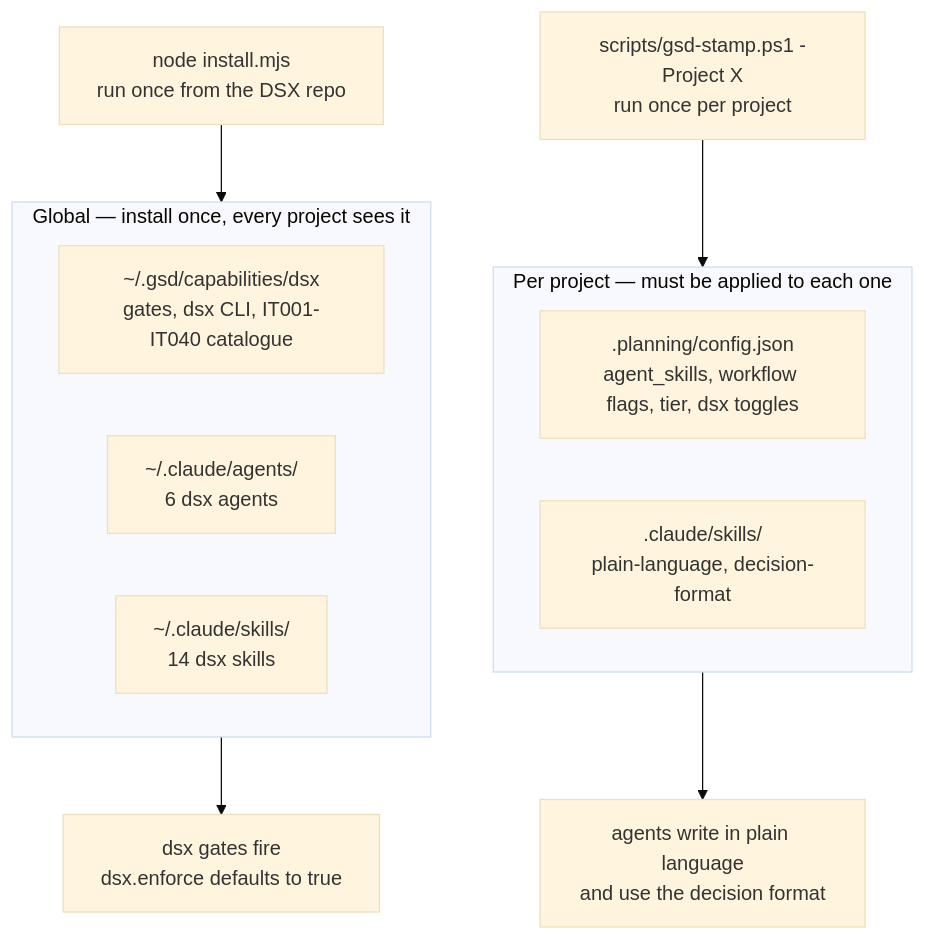
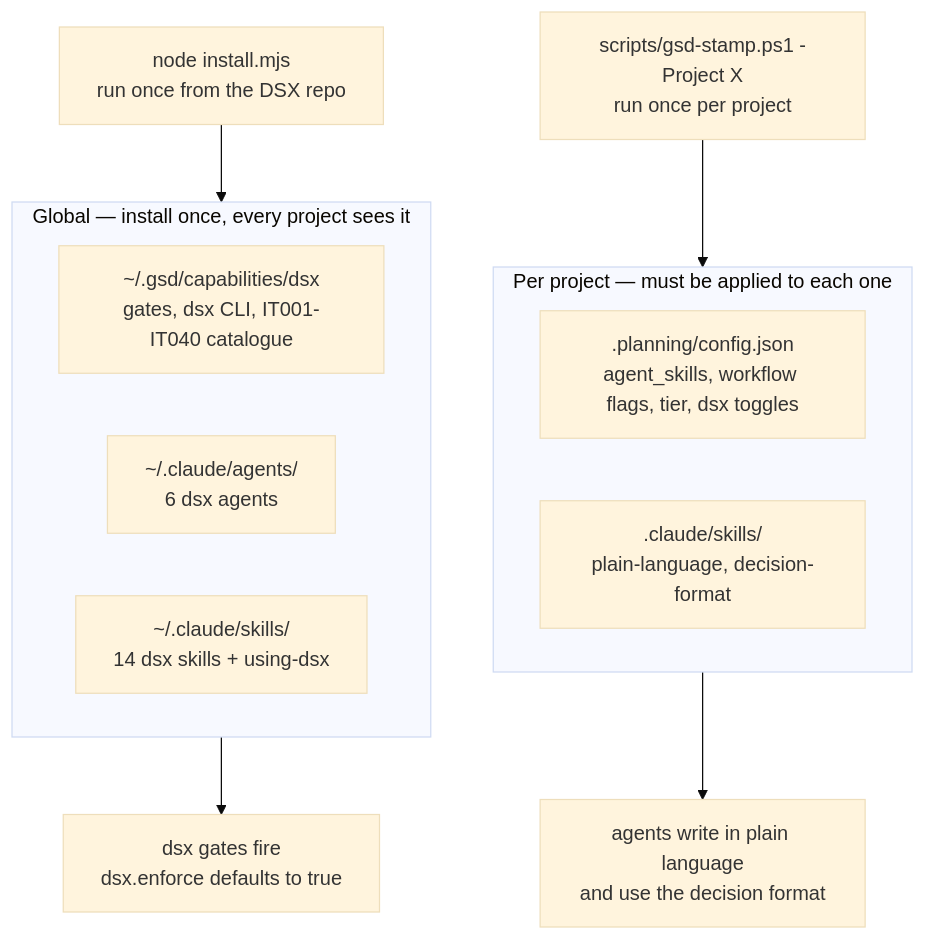
The first of 9 diagrams in docs/operating-guide.md (RafaelBraga-Kribitz/DSX), drawn with Mermaid (base theme) before and after one commit. The commit also changed other lines of this file and 113 other files, not shown here.

````diff
--- a/docs/operating-guide.md
+++ b/docs/operating-guide.md
@@ -28,19 +33,19 @@
 ```mermaid
 flowchart TD
     subgraph GLOBAL["Global — install once, every project sees it"]
         A["~/.gsd/capabilities/dsx<br/>gates, dsx CLI, IT001-IT040 catalogue"]
         B["~/.claude/agents/<br/>6 dsx agents"]
-        C["~/.claude/skills/<br/>14 dsx skills"]
+        C["~/.claude/skills/<br/>14 dsx skills + using-dsx"]
     end
 
     subgraph PROJECT["Per project — must be applied to each one"]
         D[".planning/config.json<br/>agent_skills, workflow flags, tier, dsx toggles"]
         E[".claude/skills/<br/>plain-language, decision-format"]
     end
 
     F["node install.mjs<br/>run once from the DSX repo"] --> GLOBAL
     G["scripts/gsd-stamp.ps1 -Project X<br/>run once per project"] --> PROJECT
 
     GLOBAL --> H["dsx gates fire<br/>dsx.enforce defaults to true"]
     PROJECT --> I["agents write in plain language<br/>and use the decision format"]
 ```
````
